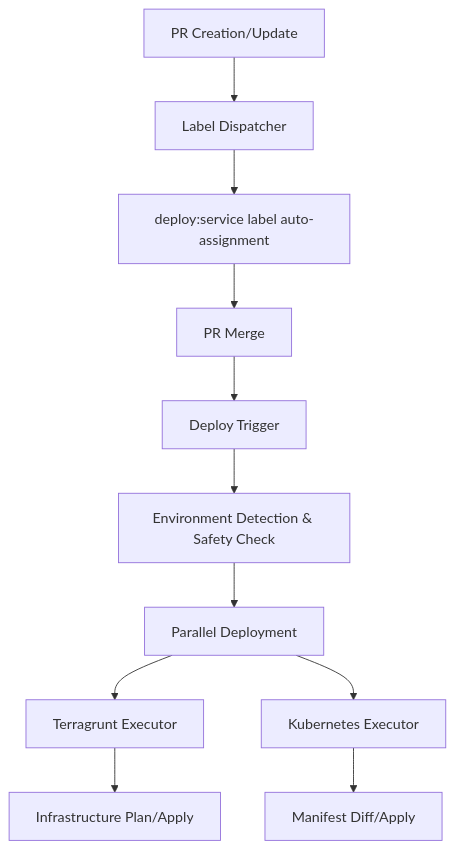
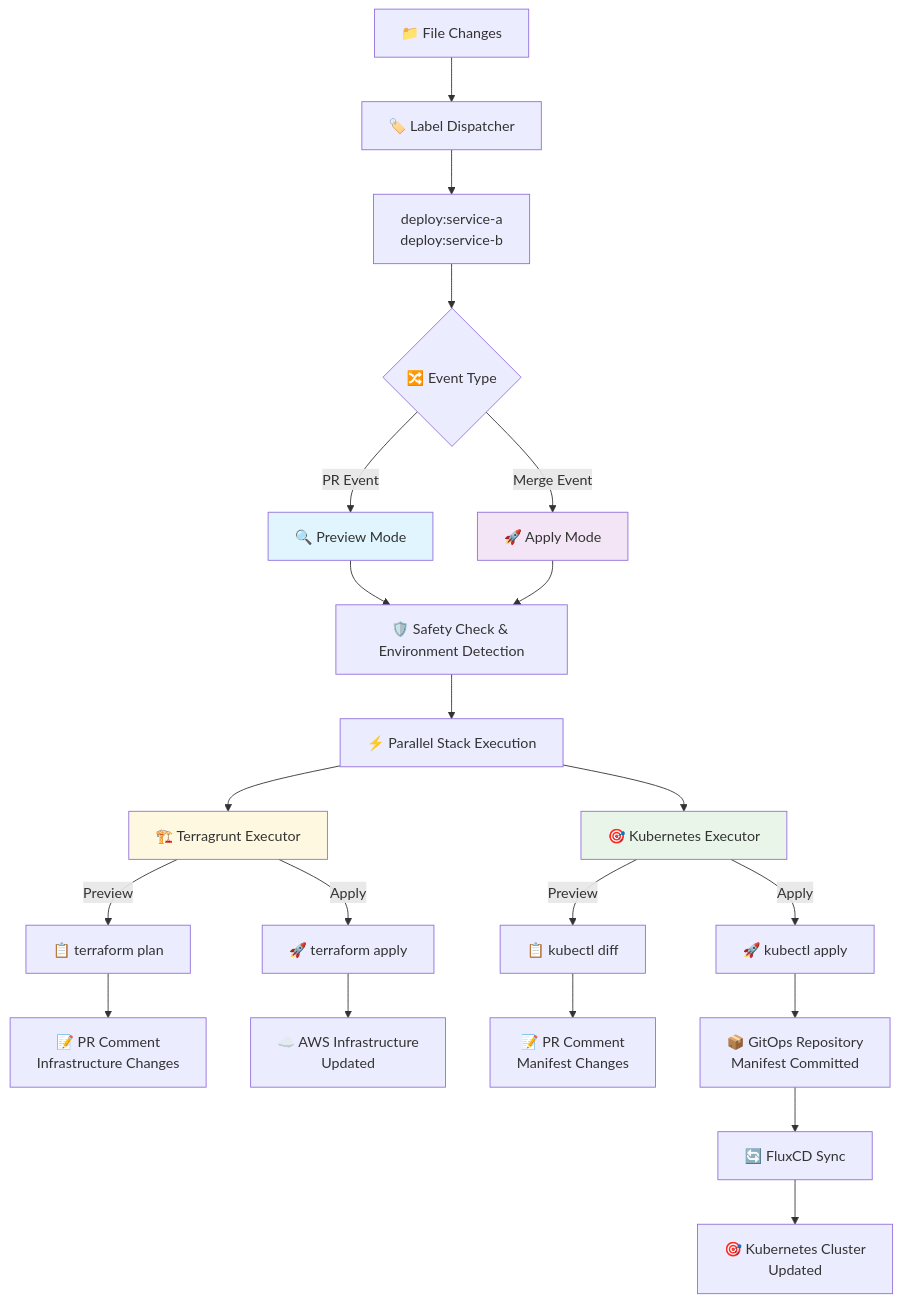
The diagram in README.md (panicboat/monorepo), drawn with Mermaid before and after one commit. The commit also changed other lines of this file and 1 other file, not shown here.

````diff
--- a/README.md
+++ b/README.md
@@ -87,13 +89,38 @@
 ```mermaid
-graph TD
-    A[PR Creation/Update] --> B[Label Dispatcher]
-    B --> C[deploy:service label auto-assignment]
-    C --> D[PR Merge]
-    D --> E[Deploy Trigger]
-    E --> F[Environment Detection & Safety Check]
-    F --> G[Parallel Deployment]
-    G --> H[Terragrunt Executor]
-    G --> I[Kubernetes Executor]
-    H --> J[Infrastructure Plan/Apply]
-    I --> K[Manifest Diff/Apply]
+flowchart TD
+    A[📁 File Changes] --> B[🏷️ Label Dispatcher]
+    B --> C[deploy:service-a<br/>deploy:service-b]
+
+    C --> D{🔀 Event Type}
+
+    D -->|PR Event| E[🔍 Preview Mode]
+    D -->|Merge Event| F[🚀 Apply Mode]
+
+    E --> G[🛡️ Safety Check & Environment Detection]
+    F --> G
+
+    G --> H[⚡ Parallel Stack Execution]
+
+    H --> I[🏗️ Terragrunt Executor]
+    H --> J[🎯 Kubernetes Executor]
+
+    I -->|Preview| K[📋 terraform plan]
+    I -->|Apply| L[🚀 terraform apply]
+
+    J -->|Preview| M[📋 kubectl diff]
+    J -->|Apply| N[🚀 kubectl apply]
+
+    K --> O[📝 PR Comment<br/>Infrastructure Changes]
+    M --> P[📝 PR Comment<br/>Manifest Changes]
+
+    L --> Q[☁️ AWS Infrastructure<br/>Updated]
+    N --> R[📦 GitOps Repository<br/>Manifest Committed]
+
+    R --> S[🔄 FluxCD Sync]
+    S --> T[🎯 Kubernetes Cluster<br/>Updated]
+
+    style E fill:#e1f5fe
+    style F fill:#f3e5f5
+    style I fill:#fff8e1
+    style J fill:#e8f5e8
 ```
````
